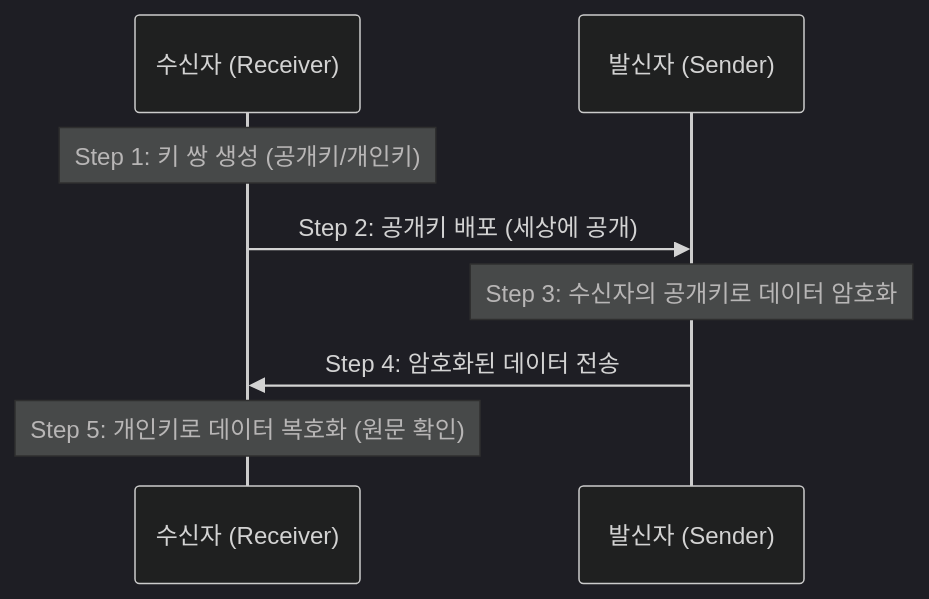
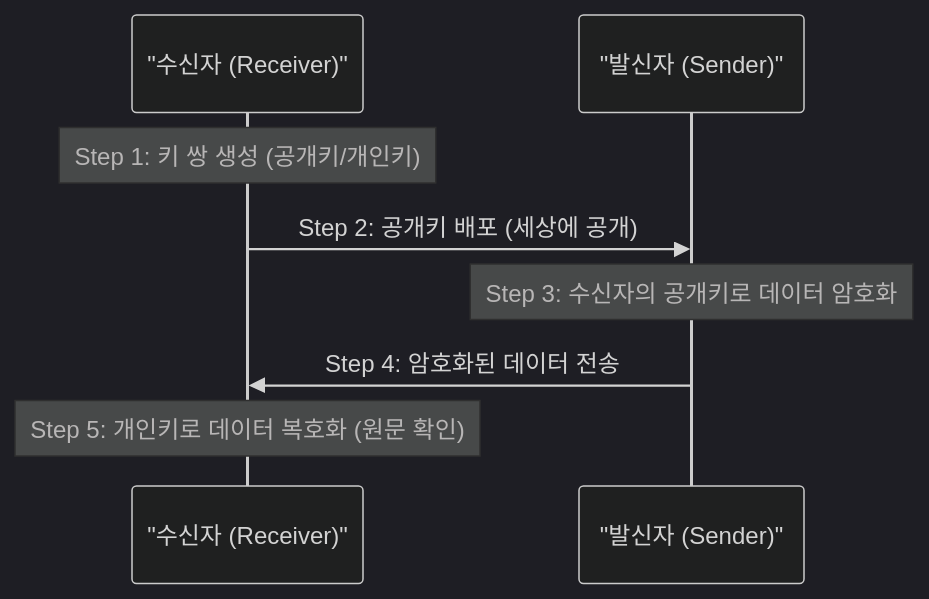
The first of 5 diagrams in docs/14-ca-and-root-ca.md (jeonck/k8s-adv), drawn with Mermaid (dark theme) before and after one commit. The commit also changed other lines of this file and 111 other files, not shown here.

First line of the commit message:
Fix Mermaid diagram rendering in dynamic content

````diff
--- a/docs/14-ca-and-root-ca.md
+++ b/docs/14-ca-and-root-ca.md
@@ -18,11 +18,11 @@
-<div class="mermaid">
+```mermaid
 sequenceDiagram
-    participant S as 수신자 (Receiver)
-    participant R as 발신자 (Sender)
+    participant S as "수신자 (Receiver)"
+    participant R as "발신자 (Sender)"
     
     Note over S: Step 1: 키 쌍 생성 (공개키/개인키)
     S->>R: Step 2: 공개키 배포 (세상에 공개)
     Note over R: Step 3: 수신자의 공개키로 데이터 암호화
     R->>S: Step 4: 암호화된 데이터 전송
     Note over S: Step 5: 개인키로 데이터 복호화 (원문 확인)
-</div>
+```
````
